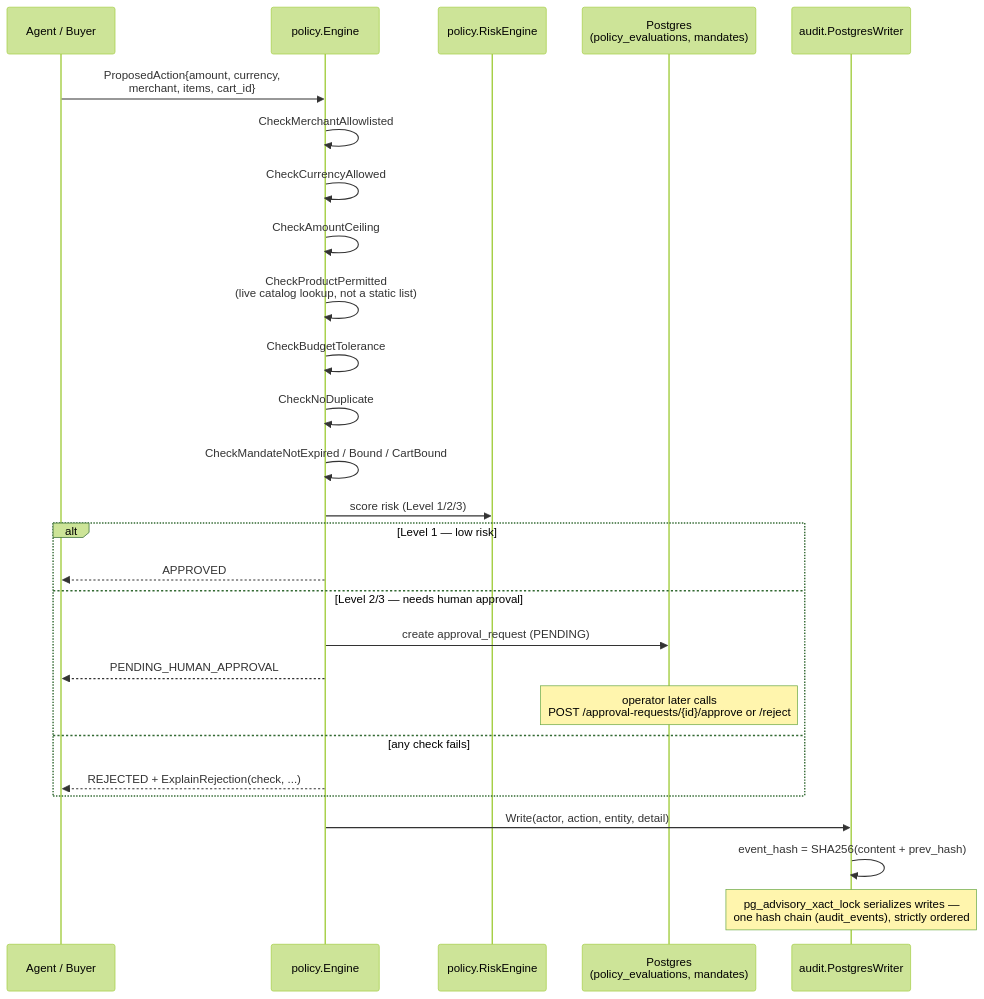
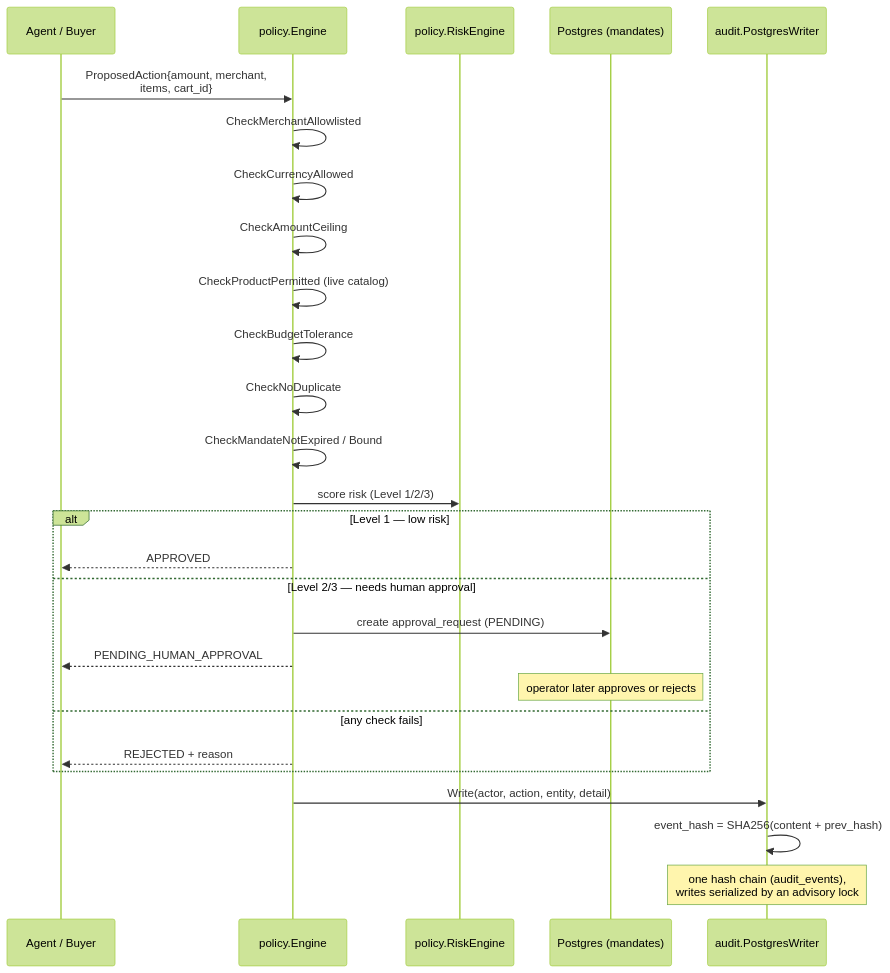
Before and after one commit to GarineSaiAjay/commerceos: the sixth of 10 diagrams in files/ARCHITECTURE.md, drawn with Mermaid (forest theme). The commit also changed other lines of this file, not shown here.

First line of the commit message:
docs(files): fix distorted Mermaid rendering in ARCHITECTURE.md

````diff
--- a/files/ARCHITECTURE.md
+++ b/files/ARCHITECTURE.md
@@ -272,30 +288,30 @@
 ```mermaid
 sequenceDiagram
     participant Caller as Agent / Buyer
     participant Policy as policy.Engine
     participant Risk as policy.RiskEngine
-    participant DB as Postgres<br/>(policy_evaluations, mandates)
+    participant DB as Postgres (mandates)
     participant Audit as audit.PostgresWriter
 
-    Caller->>Policy: ProposedAction{amount, currency,<br/>merchant, items, cart_id}
+    Caller->>Policy: ProposedAction{amount, merchant,<br/>items, cart_id}
     Policy->>Policy: CheckMerchantAllowlisted
     Policy->>Policy: CheckCurrencyAllowed
     Policy->>Policy: CheckAmountCeiling
-    Policy->>Policy: CheckProductPermitted<br/>(live catalog lookup, not a static list)
+    Policy->>Policy: CheckProductPermitted (live catalog)
     Policy->>Policy: CheckBudgetTolerance
     Policy->>Policy: CheckNoDuplicate
-    Policy->>Policy: CheckMandateNotExpired / Bound / CartBound
+    Policy->>Policy: CheckMandateNotExpired / Bound
     Policy->>Risk: score risk (Level 1/2/3)
     alt Level 1 — low risk
         Policy-->>Caller: APPROVED
     else Level 2/3 — needs human approval
         Policy->>DB: create approval_request (PENDING)
         Policy-->>Caller: PENDING_HUMAN_APPROVAL
-        Note over DB: operator later calls<br/>POST /approval-requests/{id}/approve or /reject
+        Note over DB: operator later approves or rejects
     else any check fails
-        Policy-->>Caller: REJECTED + ExplainRejection(check, ...)
+        Policy-->>Caller: REJECTED + reason
     end
     Policy->>Audit: Write(actor, action, entity, detail)
     Audit->>Audit: event_hash = SHA256(content + prev_hash)
-    Note over Audit: pg_advisory_xact_lock serializes writes —<br/>one hash chain (audit_events), strictly ordered
+    Note over Audit: one hash chain (audit_events),<br/>writes serialized by an advisory lock
 ```
````
